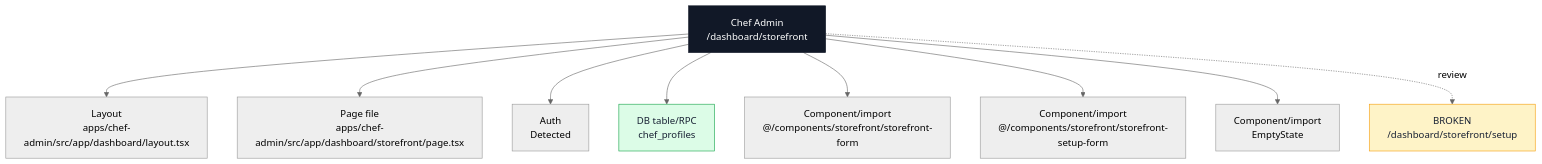
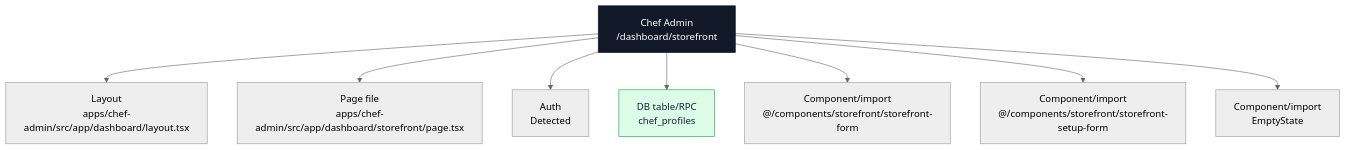
One commit to Ritenoob/ridendine-marketplace changed diagram 13 of 17 in docs/architecture/codebase-map/pages/chef-admin-pages.md. Above: the diagram before and after it, drawn with Mermaid (neutral theme). The commit also changed other lines of this file and 53 other files, not shown here.

````diff
--- a/docs/architecture/codebase-map/pages/chef-admin-pages.md
+++ b/docs/architecture/codebase-map/pages/chef-admin-pages.md
@@ -840,27 +902,24 @@
 ```mermaid
 flowchart TB
   Page["Chef Admin<br/>/dashboard/storefront"]
   Layout["Layout<br/>apps/chef-admin/src/app/dashboard/layout.tsx"]
   File["Page file<br/>apps/chef-admin/src/app/dashboard/storefront/page.tsx"]
   Auth["Auth<br/>Detected"]
   Page --> Layout
   Page --> File
   Page --> Auth
   Table0["DB table/RPC<br/>chef_profiles"]
   Page --> Table0
   Component0["Component/import<br/>@/components/storefront/storefront-form"]
   Page --> Component0
   Component1["Component/import<br/>@/components/storefront/storefront-setup-form"]
   Page --> Component1
   Component2["Component/import<br/>EmptyState"]
   Page --> Component2
-  Gap0["BROKEN<br/>/dashboard/storefront/setup"]
-  Page -. review .-> Gap0
   classDef page fill:#111827,stroke:#111827,color:#ffffff
   classDef data fill:#dcfce7,stroke:#16a34a,color:#172033
   classDef api fill:#dbeafe,stroke:#2563eb,color:#172033
   classDef warn fill:#fef3c7,stroke:#f59e0b,color:#172033
   class Page page
   class Table0 data
-  class Gap0 warn
 ```
````
